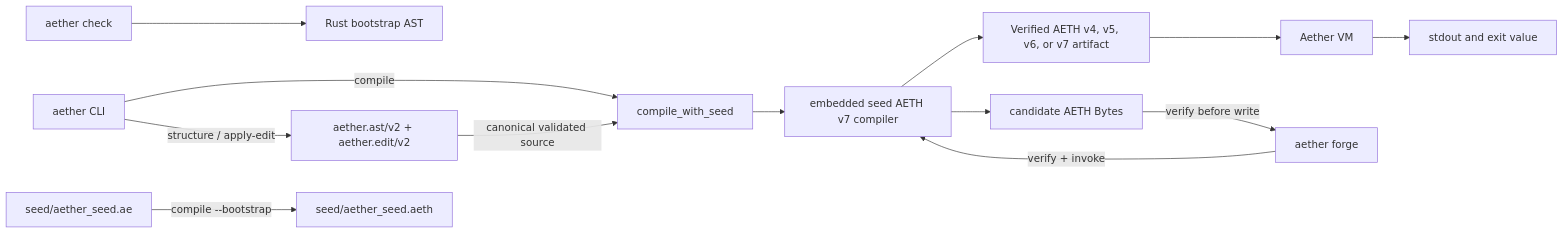
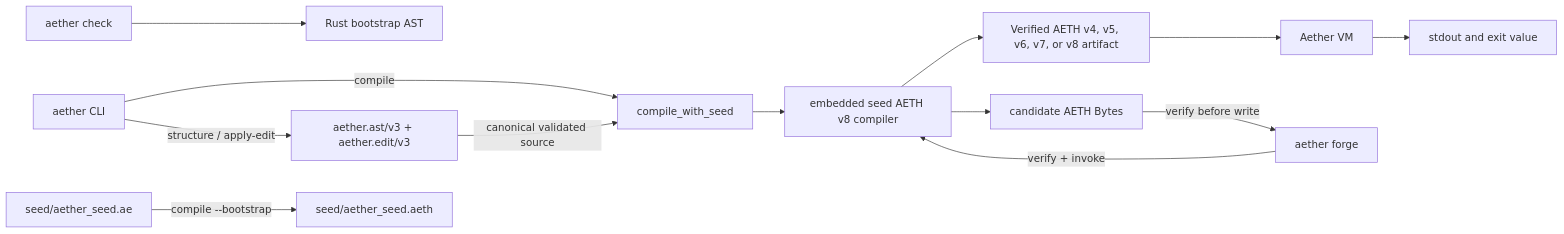
The diagram in docs/ARCHITECTURE.md (MrWizard94-Compile/XLang), drawn with Mermaid before and after one commit. The commit also changed other lines of this file and 172 other files, not shown here.

```diff
--- a/docs/ARCHITECTURE.md
+++ b/docs/ARCHITECTURE.md
@@ -3,15 +3,15 @@
 ~~~mermaid
 flowchart LR
     CLI["aether CLI"] -->|"compile"| SeedPath["compile_with_seed"]
-    CLI -->|"structure / apply-edit"| Authoring["aether.ast/v2 + aether.edit/v2"]
+    CLI -->|"structure / apply-edit"| Authoring["aether.ast/v3 + aether.edit/v3"]
     Authoring -->|"canonical validated source"| SeedPath
-    SeedPath --> SeedArt["embedded seed AETH v7 compiler"]
-    SeedArt --> Artifact["Verified AETH v4, v5, v6, or v7 artifact"]
+    SeedPath --> SeedArt["embedded seed AETH v8 compiler"]
+    SeedArt --> Artifact["Verified AETH v4, v5, v6, v7, or v8 artifact"]
     Artifact --> VM["Aether VM"]
     VM --> Result["stdout and exit value"]
     Check["aether check"] --> Bootstrap["Rust bootstrap AST"]
     SeedSrc["seed/aether_seed.ae"] -->|"compile --bootstrap"| SeedArtFile["seed/aether_seed.aeth"]
     Forge["aether forge"] -->|"verify + invoke"| SeedArt
     SeedArt --> Candidate["candidate AETH Bytes"]
     Candidate -->|"verify before write"| Forge
 ~~~
```
